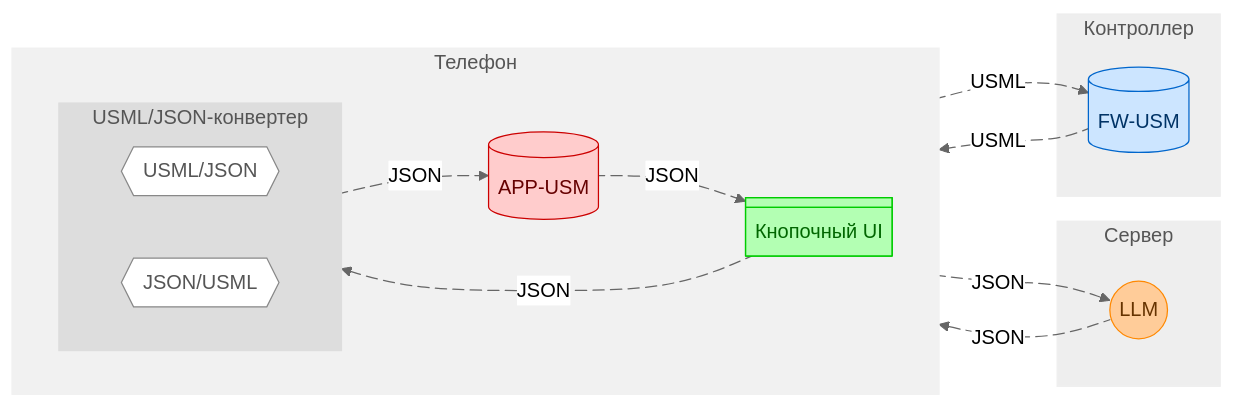
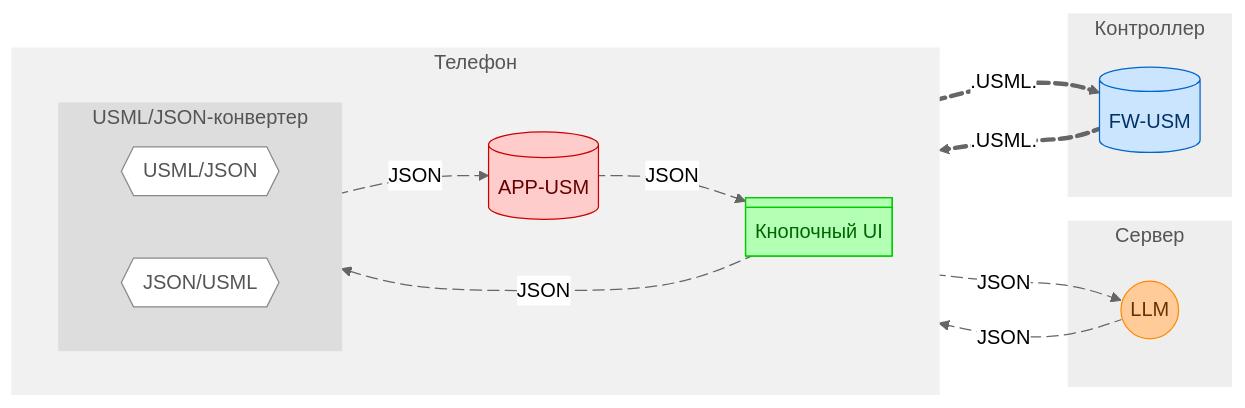
The diagram in PDS/SynapsePDS_USML.md (KhudyakovAlex/Synapse), drawn with Mermaid (neutral theme) before and after one commit. The commit also changed 5 other files, not shown here.

````diff
--- a/PDS/SynapsePDS_USML.md
+++ b/PDS/SynapsePDS_USML.md
@@ -27,49 +27,49 @@
 ```mermaid
 flowchart LR
     subgraph Сервер
       LLM((LLM))
     end
 
     subgraph Телефон
       direction LR
       UI@{ shape: div-rect, label: "Кнопочный UI" }
       APPUSM@{ shape: cyl, label: "APP-USM" }
 
       subgraph USML/JSON-конвертер
         direction LR
         C-IN{{USML/JSON}}
         C-OUT{{JSON/USML}}
-      end  
+      end
     end
   
     subgraph Контроллер
       FWUSM@{ shape: cyl, label: "FW-USM" }
     end
 
     APPUSM e1@-.JSON.-> UI
     APPUSM e2@-.JSON.-> LLM
     LLM e3@-.JSON.-> C-OUT
     UI e4@-.JSON.-> C-OUT
-    C-OUT e5@-.USML.-> FWUSM
-    FWUSM e6@-.USML.-> C-IN
+    C-OUT e5@==.USML.==> FWUSM
+    FWUSM e6@==.USML.==> C-IN
     C-IN e7@-.JSON.-> APPUSM
 
     style Сервер fill:#eeeeee,stroke:#eeeeee,color:#555555
     style USML/JSON-конвертер fill:#dddddd,stroke:#dddddd,color:#555555
     style Телефон fill:#f1f1f1,stroke:#f1f1f1,color:#555555
     style Контроллер fill:#eeeeee,stroke:#eeeeee,color:#555555
     style LLM fill:#ffcc99,stroke:#ff8800,color:#663300
     style UI fill:#b3ffb3,stroke:#00cc00,color:#006600
     style APPUSM fill:#ffcccc,stroke:#cc0000,color:#660000
     style FWUSM fill:#cce5ff,stroke:#0066cc,color:#003366
     style C-IN fill:#ffffff,stroke:#888888,color:#555555
     style C-OUT fill:#ffffff,stroke:#888888,color:#555555
 
     e1@{ animation: slow }
     e2@{ animation: slow }
     e3@{ animation: slow }
     e4@{ animation: slow }
     e5@{ animation: slow }
     e6@{ animation: slow }
     e7@{ animation: slow }
 ```
````
